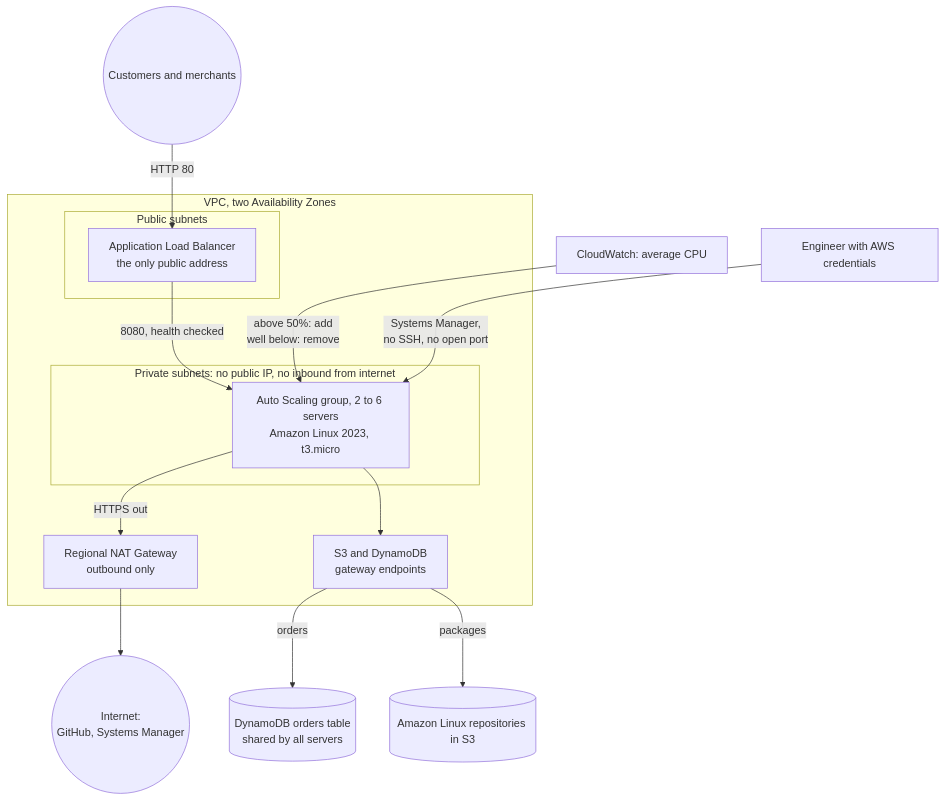
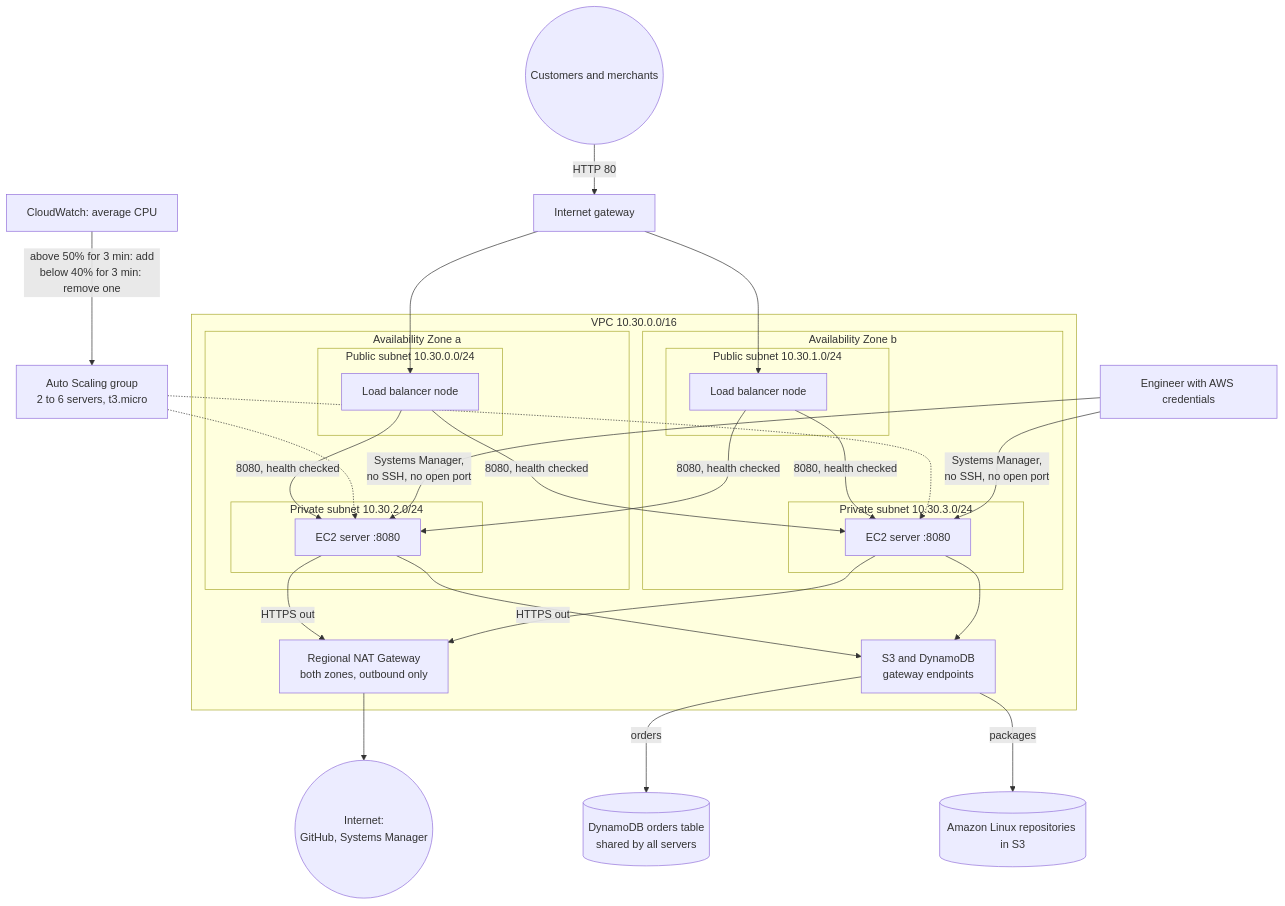
One commit to danjor667/onward-salesday changed the diagram in README.md. Above: the diagram before and after it, drawn with Mermaid. The commit also changed other lines of this file and 2 other files, not shown here.

Commit message:
Update documentation for discovery reports and remove obsolete links
The discovery reports now include key design decisions alongside existing information. Removed outdated references to `docs/decisions.md`, which is no longer relevant, to maintain consistency. Added a new discovery report file in `onward-orders-infra`.

````diff
--- a/README.md
+++ b/README.md
@@ -13,23 +13,35 @@
 ```mermaid
 flowchart TB
-  USERS((Customers and merchants)) -->|HTTP 80| ALB
+  USERS((Customers and merchants)) -->|HTTP 80| IGW[Internet gateway]
 
-  subgraph VPC["VPC, two Availability Zones"]
-    subgraph PUB["Public subnets"]
-      ALB[Application Load Balancer<br/>the only public address]
+  subgraph VPC["VPC 10.30.0.0/16"]
+    subgraph AZA["Availability Zone a"]
+      subgraph PUBA["Public subnet 10.30.0.0/24"]
+        ALBA[Load balancer node]
+      end
+      subgraph PRIVA["Private subnet 10.30.2.0/24"]
+        EC2A["EC2 server :8080"]
+      end
     end
-    subgraph PRIV["Private subnets: no public IP, no inbound from internet"]
-      ASG["Auto Scaling group, 2 to 6 servers<br/>Amazon Linux 2023, t3.micro"]
+    subgraph AZB["Availability Zone b"]
+      subgraph PUBB["Public subnet 10.30.1.0/24"]
+        ALBB[Load balancer node]
+      end
+      subgraph PRIVB["Private subnet 10.30.3.0/24"]
+        EC2B["EC2 server :8080"]
+      end
     end
-    NAT[Regional NAT Gateway<br/>outbound only]
+    NAT[Regional NAT Gateway<br/>both zones, outbound only]
     GWE[S3 and DynamoDB<br/>gateway endpoints]
   end
 
-  ALB -->|8080, health checked| ASG
-  ASG -->|HTTPS out| NAT --> NET((Internet:<br/>GitHub, Systems Manager))
-  ASG --> GWE
+  IGW --> ALBA & ALBB
+  ALBA & ALBB -->|8080, health checked| EC2A & EC2B
+  EC2A & EC2B -->|HTTPS out| NAT --> NET((Internet:<br/>GitHub, Systems Manager))
+  EC2A & EC2B --> GWE
   GWE -->|orders| DDB[(DynamoDB orders table<br/>shared by all servers)]
   GWE -->|packages| S3[(Amazon Linux repositories in S3)]
-  CW[CloudWatch: average CPU] -->|above 50%: add<br/>well below: remove| ASG
-  ENG[Engineer with AWS credentials] -->|Systems Manager,<br/>no SSH, no open port| ASG
+  ASG["Auto Scaling group<br/>2 to 6 servers, t3.micro"] -.-> EC2A & EC2B
+  CW[CloudWatch: average CPU] -->|above 50% for 3 min: add<br/>below 40% for 3 min: remove one| ASG
+  ENG[Engineer with AWS credentials] -->|Systems Manager,<br/>no SSH, no open port| EC2A & EC2B
 ```
````
